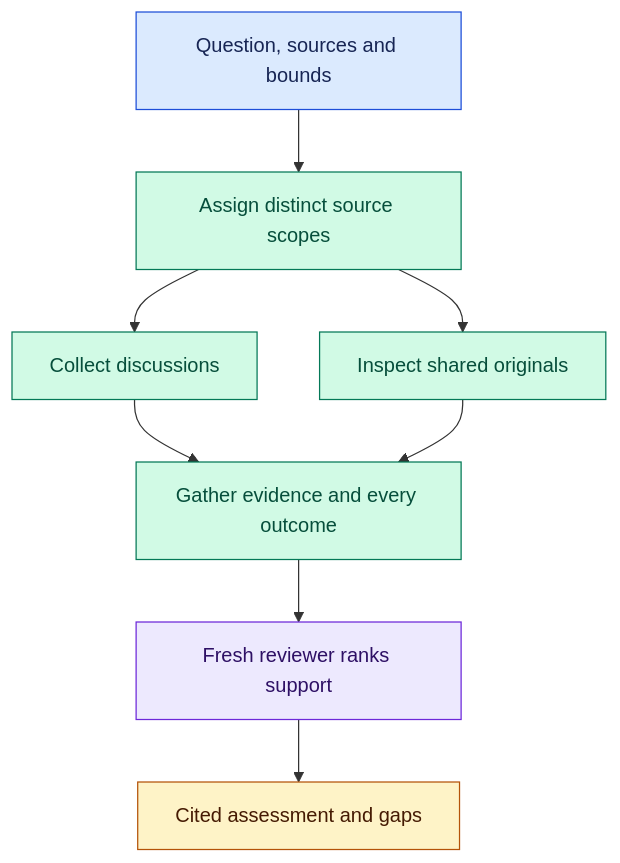
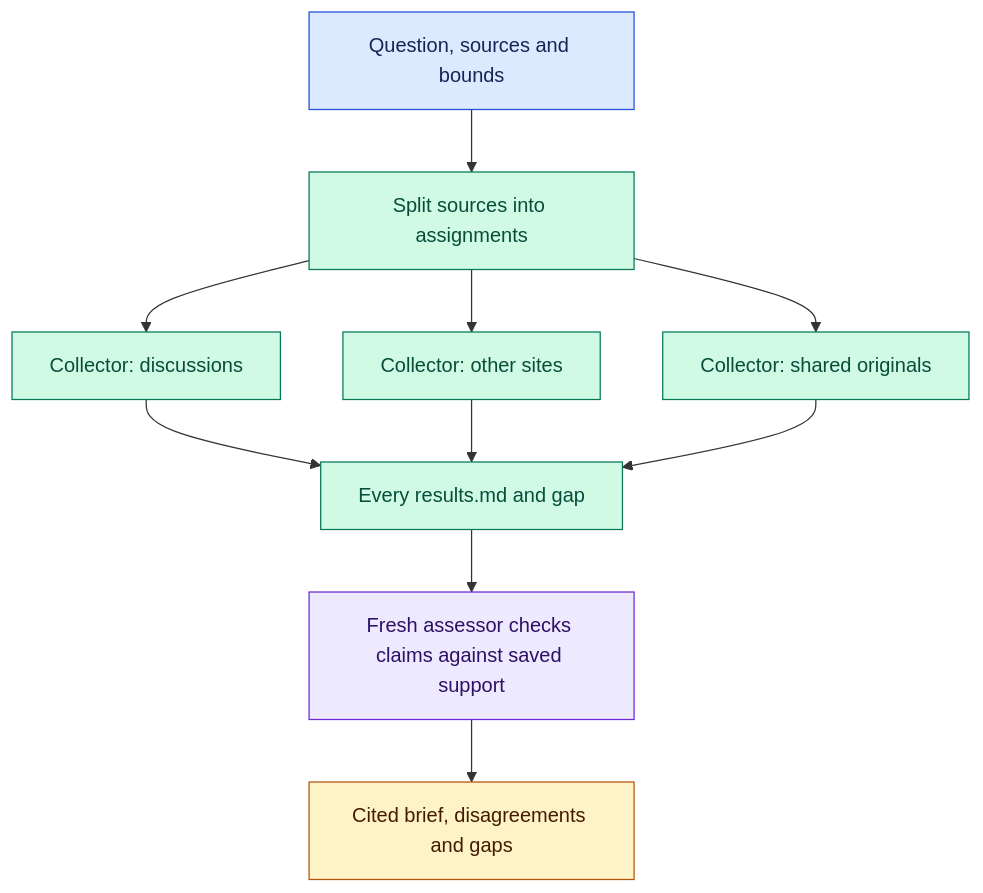
One commit to DanMcInerney/orchflows changed the diagram in example-workflows/social-search/README.md. Above: the diagram before and after it, drawn with Mermaid. The commit also changed other lines of this file and 216 other files, not shown here.

````diff
--- a/example-workflows/social-search/README.md
+++ b/example-workflows/social-search/README.md
@@ -20,18 +20,20 @@
 ```mermaid
 flowchart TD
-    Q[Question, sources and bounds] --> A[Assign distinct source scopes]
-    A --> B[Collect discussions]
-    A --> C[Inspect shared originals]
-    B --> E[Gather evidence and every outcome]
+    Q[Question, sources and bounds] --> A[Split sources into assignments]
+    A --> B[Collector: discussions]
+    A --> C[Collector: other sites]
+    A --> D[Collector: shared originals]
+    B --> E[Every results.md and gap]
     C --> E
-    E --> R[Fresh reviewer ranks support]
-    R --> O[Cited assessment and gaps]
+    D --> E
+    E --> R[Fresh assessor checks claims against saved support]
+    R --> O[Cited brief, disagreements and gaps]
     classDef input fill:#dbeafe,stroke:#1d4ed8,color:#172554;
     classDef work fill:#d1fae5,stroke:#047857,color:#064e3b;
     classDef review fill:#ede9fe,stroke:#6d28d9,color:#2e1065;
     classDef output fill:#fef3c7,stroke:#b45309,color:#451a03;
     class Q input;
-    class A,B,C,E work;
+    class A,B,C,D,E work;
     class R review;
     class O output;
 ```
````
